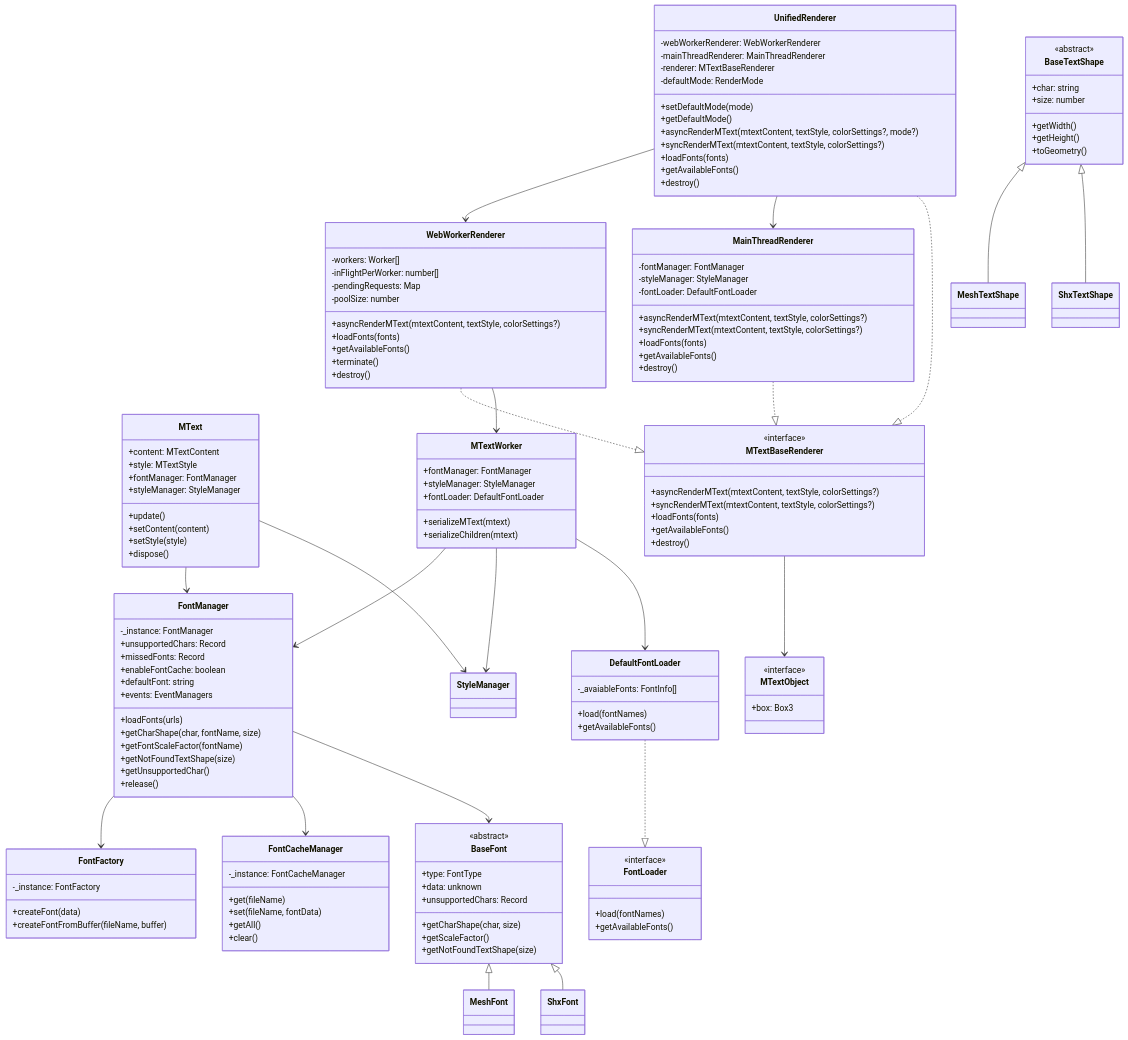
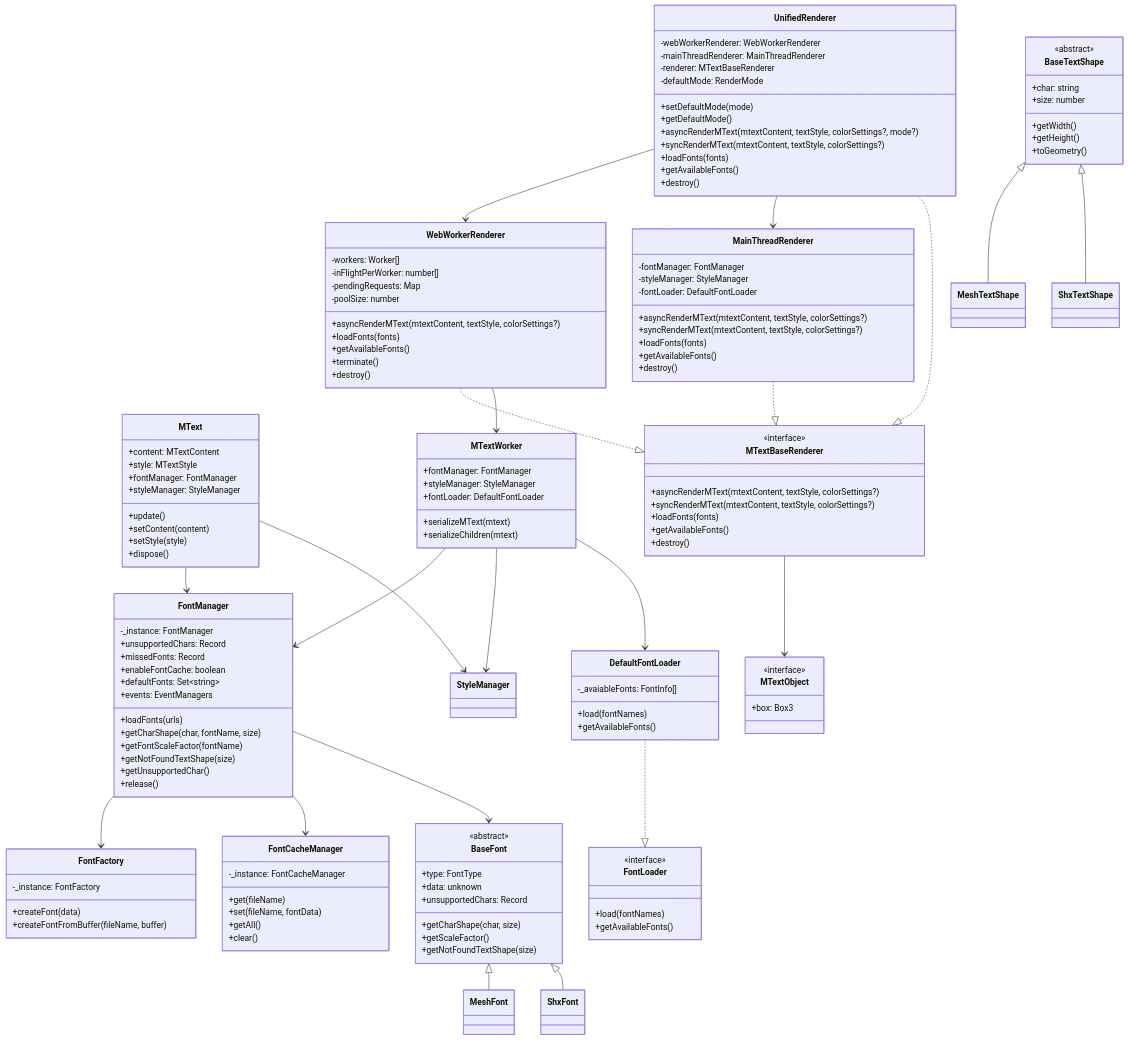
One commit to mlightcad/mtext-renderer changed the diagram in README.md. Above: the diagram before and after it, drawn with Mermaid. The commit also changed other lines of this file and 9 other files, not shown here.

Commit message:
feat: add ordered default font fallback chain and AutoCAD glyph semantics (#29)

```diff
--- a/README.md
+++ b/README.md
@@ -192,7 +192,7 @@
         +unsupportedChars: Record
         +missedFonts: Record
         +enableFontCache: boolean
-        +defaultFont: string
+        +defaultFonts: Set~string~
         +events: EventManagers
         +loadFonts(urls)
         +getCharShape(char, fontName, size)
```
